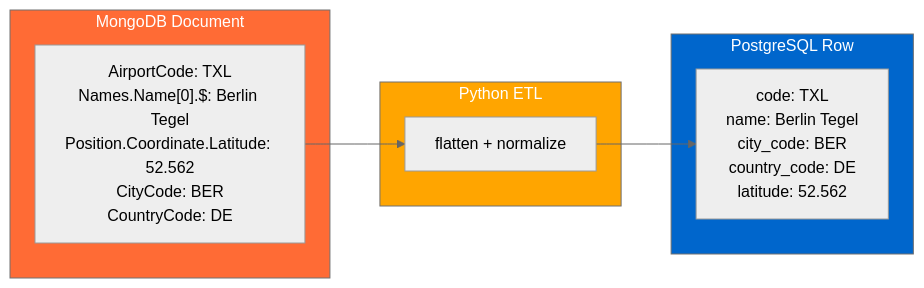
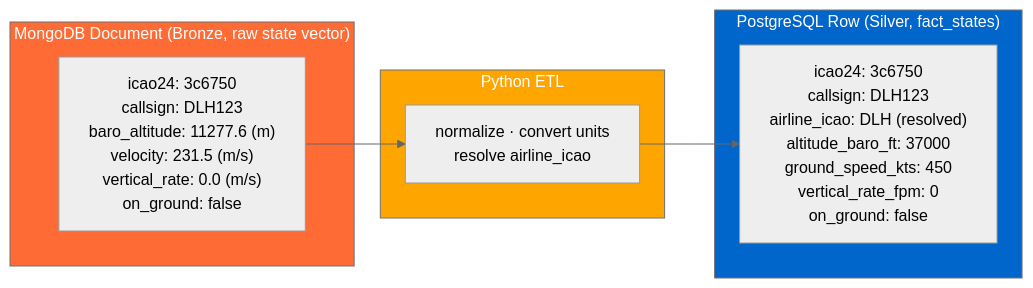
Before and after one commit to MatthiasSails/airline-data-platform: the sixth of 6 diagrams in docs/architecture/README.md, drawn with Mermaid (neutral theme). The commit also changed other lines of this file, not shown here.

First line of the commit message:
docs(architecture): refresh phase diagrams to OpenSky-States medallion model

````diff
--- a/docs/architecture/README.md
+++ b/docs/architecture/README.md
@@ -190,20 +213,20 @@
 ```mermaid
 graph LR
-    subgraph MONGO["MongoDB Document"]
-        M["AirportCode: TXL<br/>Names.Name[0].$: Berlin Tegel<br/>Position.Coordinate.Latitude: 52.562<br/>CityCode: BER<br/>CountryCode: DE"]
+    subgraph MONGO["MongoDB Document (Bronze, raw state vector)"]
+        M["icao24: 3c6750<br/>callsign: DLH123<br/>baro_altitude: 11277.6 (m)<br/>velocity: 231.5 (m/s)<br/>vertical_rate: 0.0 (m/s)<br/>on_ground: false"]
     end
 
     subgraph ETL["Python ETL"]
-        T["flatten + normalize"]
+        T["normalize · convert units<br/>resolve airline_icao"]
     end
 
-    subgraph PGSQL["PostgreSQL Row"]
-        P["code: TXL<br/>name: Berlin Tegel<br/>city_code: BER<br/>country_code: DE<br/>latitude: 52.562"]
+    subgraph PGSQL["PostgreSQL Row (Silver, fact_states)"]
+        P["icao24: 3c6750<br/>callsign: DLH123<br/>airline_icao: DLH (resolved)<br/>altitude_baro_ft: 37000<br/>ground_speed_kts: 450<br/>vertical_rate_fpm: 0<br/>on_ground: false"]
     end
 
     M --> T --> P
 
     style MONGO fill:#FF6B35,color:#fff
     style ETL fill:#FFA500,color:#fff
     style PGSQL fill:#0066CC,color:#fff
 ```
````
